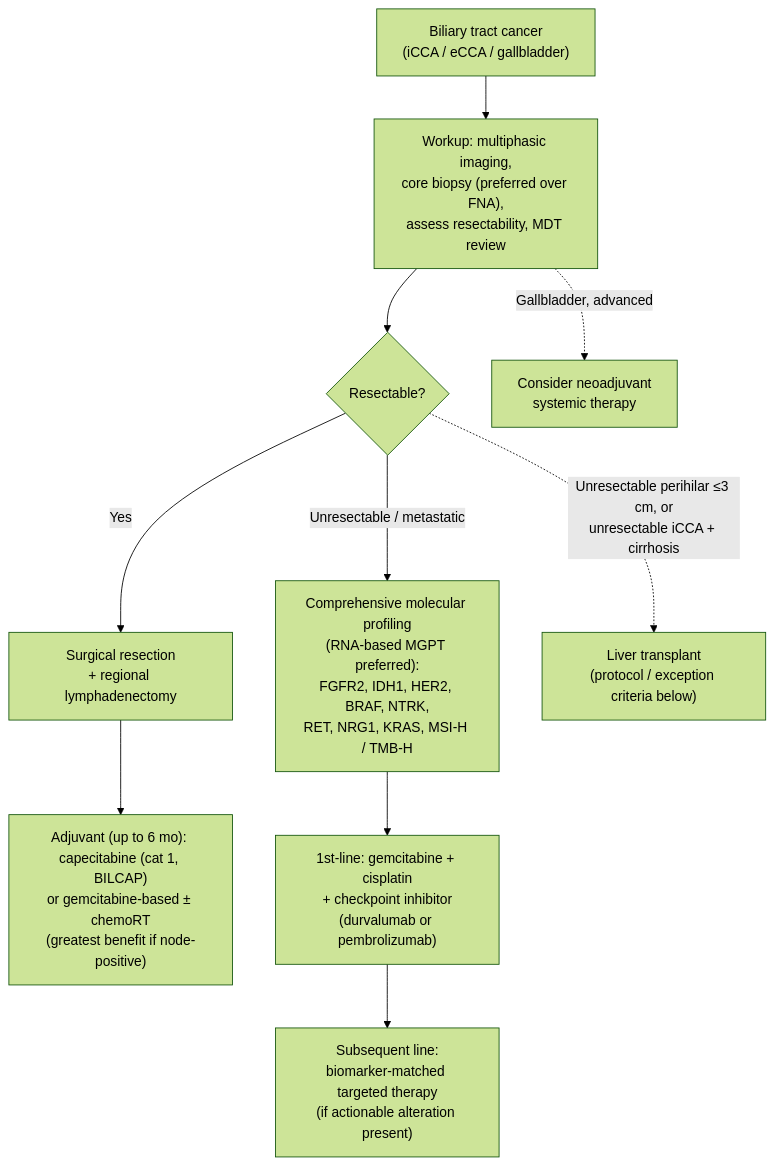
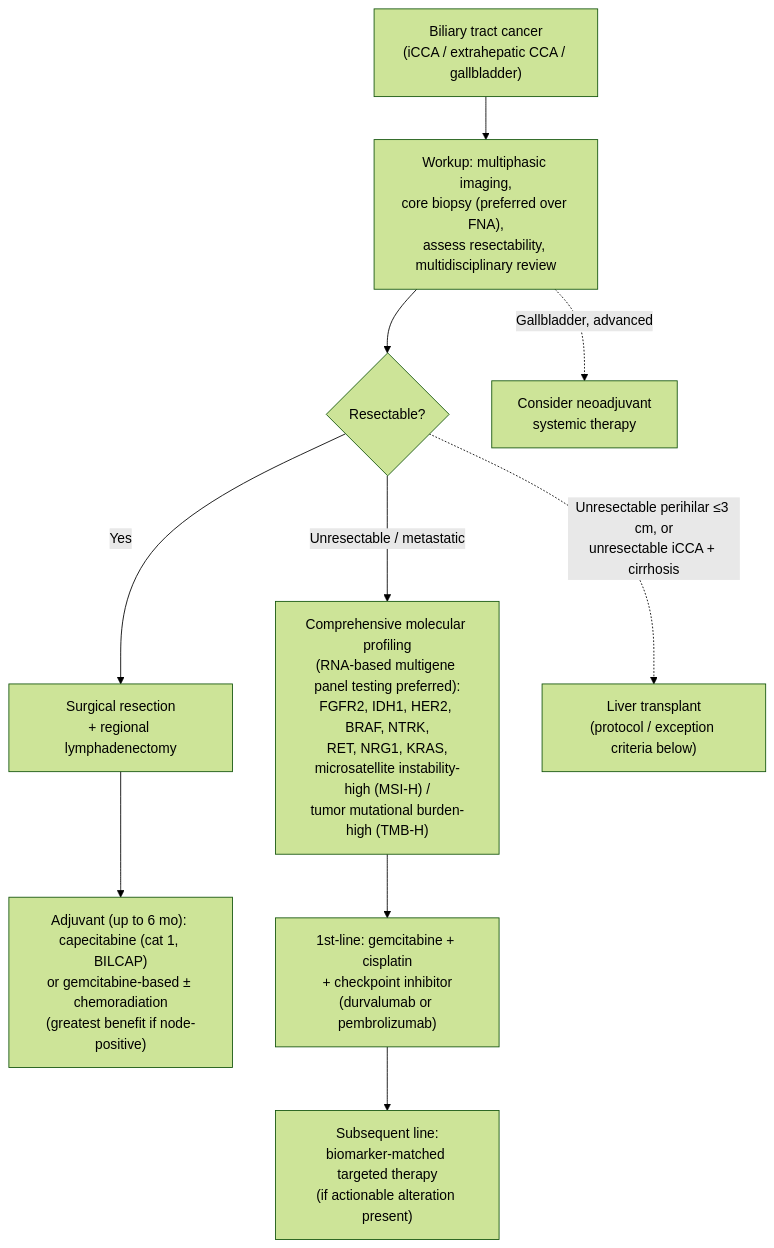
One commit to KHNickLeMD/KHNL-GI-Wiki changed the diagram in KHNL-GI-Wiki/wiki/1-disease-scripts/pancreaticobiliary-diseases/cholangiocarcinoma.md. Above: the diagram before and after it, drawn with Mermaid (forest theme). The commit also changed other lines of this file and 620 other files, not shown here.

````diff
--- a/KHNL-GI-Wiki/wiki/1-disease-scripts/pancreaticobiliary-diseases/cholangiocarcinoma.md
+++ b/KHNL-GI-Wiki/wiki/1-disease-scripts/pancreaticobiliary-diseases/cholangiocarcinoma.md
@@ -169,12 +169,12 @@
 ```mermaid
 flowchart TD
-    A["Biliary tract cancer<br/>(iCCA / eCCA / gallbladder)"] --> B["Workup: multiphasic imaging,<br/>core biopsy (preferred over FNA),<br/>assess resectability, MDT review"]
+    A["Biliary tract cancer<br/>(iCCA / extrahepatic CCA / gallbladder)"] --> B["Workup: multiphasic imaging,<br/>core biopsy (preferred over FNA),<br/>assess resectability, multidisciplinary review"]
     B --> C{"Resectable?"}
     C -->|"Yes"| R["Surgical resection<br/>+ regional lymphadenectomy"]
-    R --> ADJ["Adjuvant (up to 6 mo): capecitabine (cat 1, BILCAP)<br/>or gemcitabine-based ± chemoRT<br/>(greatest benefit if node-positive)"]
-    C -->|"Unresectable / metastatic"| MOL["Comprehensive molecular profiling<br/>(RNA-based MGPT preferred):<br/>FGFR2, IDH1, HER2, BRAF, NTRK,<br/>RET, NRG1, KRAS, MSI-H / TMB-H"]
+    R --> ADJ["Adjuvant (up to 6 mo): capecitabine (cat 1, BILCAP)<br/>or gemcitabine-based ± chemoradiation<br/>(greatest benefit if node-positive)"]
+    C -->|"Unresectable / metastatic"| MOL["Comprehensive molecular profiling<br/>(RNA-based multigene panel testing preferred):<br/>FGFR2, IDH1, HER2, BRAF, NTRK,<br/>RET, NRG1, KRAS,<br/>microsatellite instability-high (MSI-H) /<br/>tumor mutational burden-high (TMB-H)"]
     MOL --> SYS["1st-line: gemcitabine + cisplatin<br/>+ checkpoint inhibitor<br/>(durvalumab or pembrolizumab)"]
     SYS --> TGT["Subsequent line:<br/>biomarker-matched targeted therapy<br/>(if actionable alteration present)"]
     B -.->|"Gallbladder, advanced"| NEO["Consider neoadjuvant<br/>systemic therapy"]
     C -.->|"Unresectable perihilar ≤3 cm, or<br/>unresectable iCCA + cirrhosis"| LTX["Liver transplant<br/>(protocol / exception criteria below)"]
 ```
````
